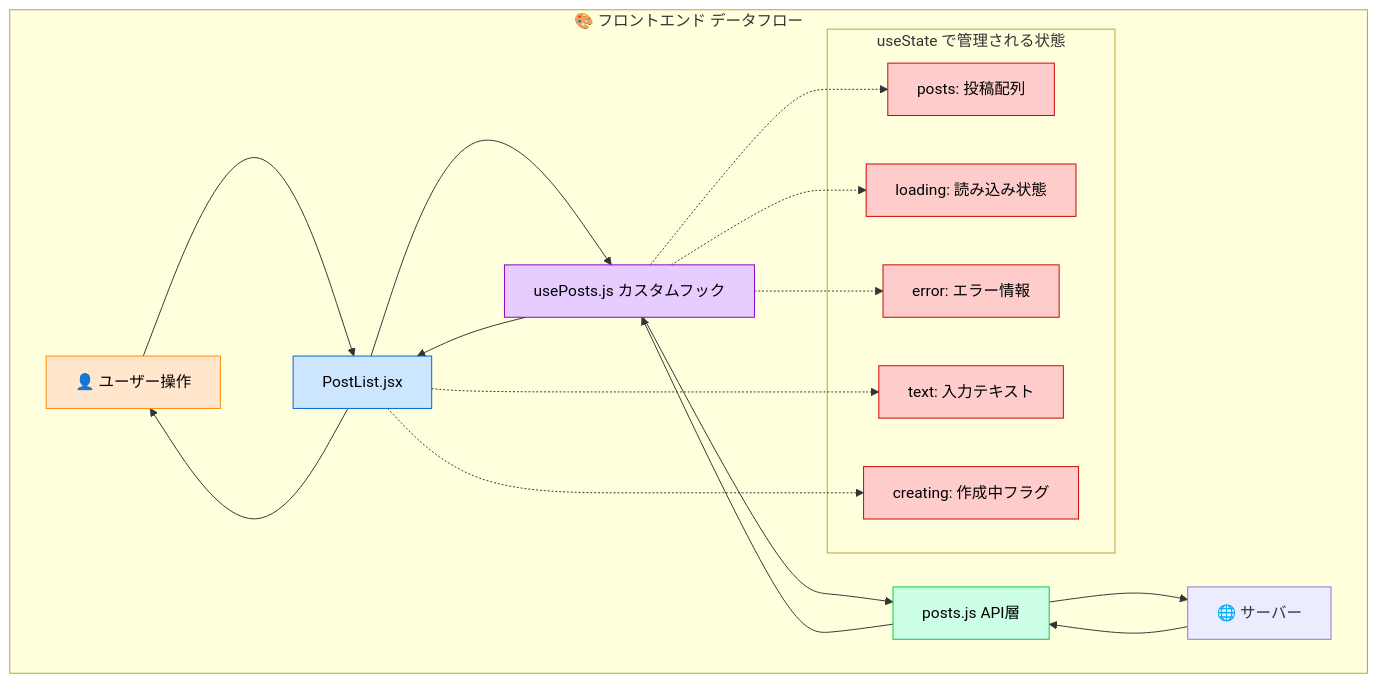
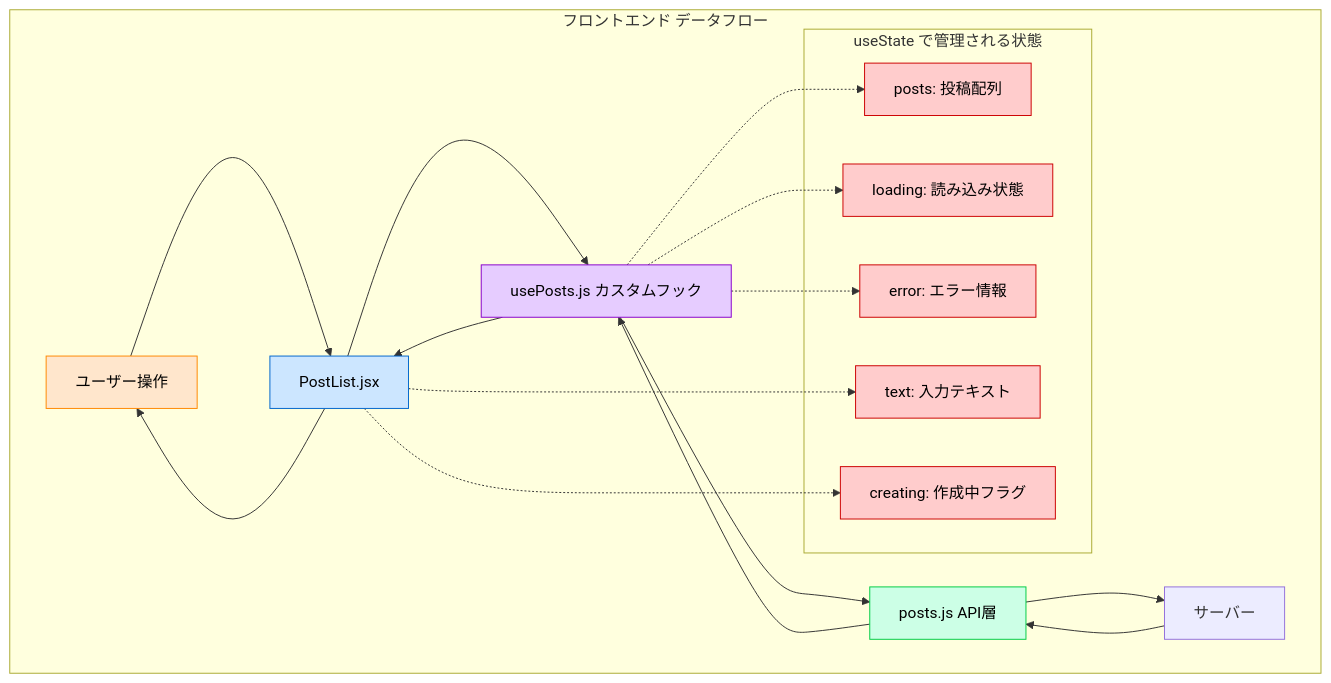
Before and after one commit to KITA-DS12/web-app-simple: diagram 11 of 29 in lecture-materials.md, drawn with Mermaid. The commit also changed other lines of this file, not shown here.

````diff
--- a/lecture-materials.md
+++ b/lecture-materials.md
@@ -830,40 +830,40 @@
 ```mermaid
 graph TB
-    subgraph "🎨 フロントエンド データフロー"
-        U[👤 ユーザー操作] --> UI[PostList.jsx]
+    subgraph "フロントエンド データフロー"
+        U[ユーザー操作] --> UI[PostList.jsx]
         UI --> H[usePosts.js カスタムフック]
         H --> A[posts.js API層]
-        A --> S[🌐 サーバー]
-        
+        A --> S[サーバー]
+
         subgraph "useState で管理される状態"
             ST1[posts: 投稿配列]
             ST2[loading: 読み込み状態]
             ST3[error: エラー情報]
             ST4[text: 入力テキスト]
             ST5[creating: 作成中フラグ]
         end
-        
+
         H -.-> ST1
         H -.-> ST2
         H -.-> ST3
         UI -.-> ST4
         UI -.-> ST5
-        
+
         S --> A
         A --> H
         H --> UI
         UI --> U
     end
-    
+
     classDef user fill:#FFE6CC,stroke:#FF8800,color:#000
     classDef component fill:#CCE6FF,stroke:#0066CC,color:#000
     classDef hook fill:#E6CCFF,stroke:#8800CC,color:#000
     classDef api fill:#CCFFE6,stroke:#00CC44,color:#000
     classDef state fill:#FFCCCC,stroke:#CC0000,color:#000
-    
+
     class U user
     class UI component
     class H hook
     class A api
     class ST1,ST2,ST3,ST4,ST5 state
 ```
````
